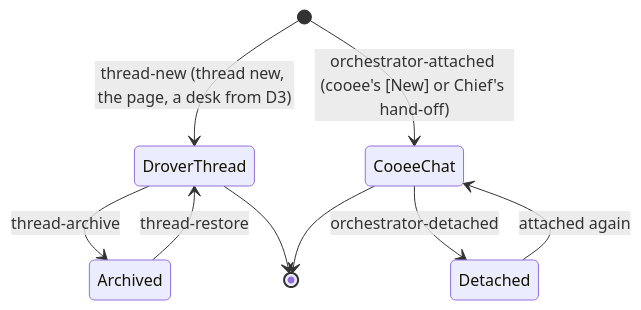
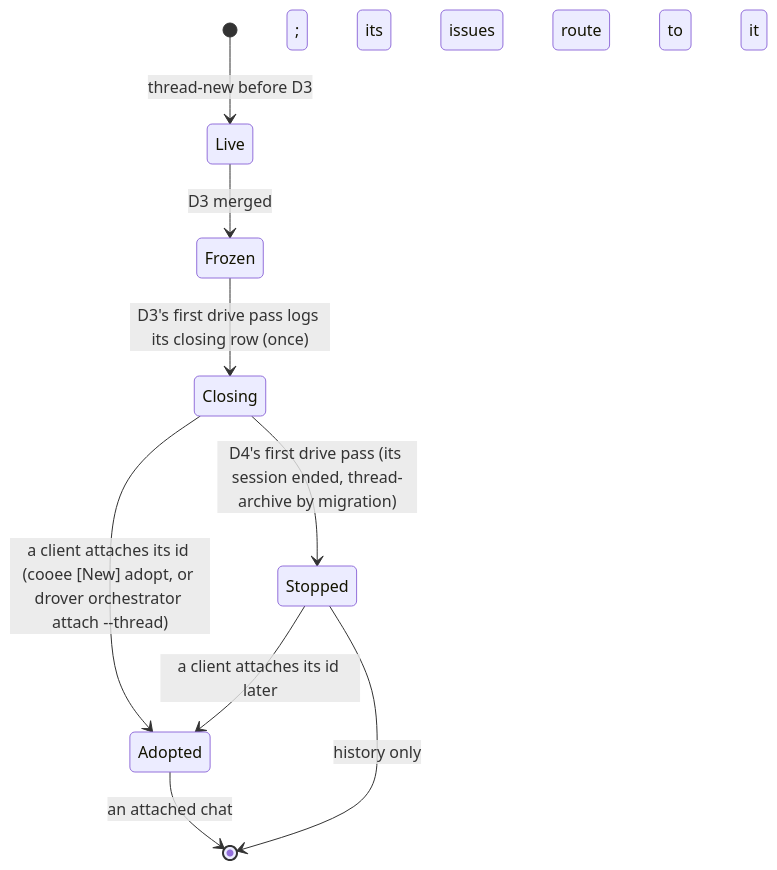
One commit to jirathip-dev/drover changed the second of 4 diagrams in docs/architecture/cooee-threads/boundaries.md. Above: the diagram before and after it, drawn with Mermaid. The commit also changed other lines of this file and 4 other files, not shown here.

Commit message:
architect: drover's threads are cut, chat lives in a client, a judge lane answers asks (#1571)

````diff
--- a/docs/architecture/cooee-threads/boundaries.md
+++ b/docs/architecture/cooee-threads/boundaries.md
@@ -58,11 +63,11 @@
 ```mermaid
 stateDiagram-v2
-    [*] --> DroverThread: thread-new (thread new, the page, a desk from D3)
-    [*] --> CooeeChat: orchestrator-attached (cooee's [New] or Chief's hand-off)
-    DroverThread --> Archived: thread-archive
-    Archived --> DroverThread: thread-restore
-    CooeeChat --> Detached: orchestrator-detached
-    Detached --> CooeeChat: attached again
-    DroverThread --> [*]
-    CooeeChat --> [*]
+    [*] --> Live: thread-new before D3
+    Live --> Frozen: D3 merged
+    Frozen --> Closing: D3's first drive pass logs its closing row (once)
+    Closing --> Adopted: a client attaches its id (cooee [New] adopt, or drover orchestrator attach --thread)
+    Closing --> Stopped: D4's first drive pass (its session ended, thread-archive by migration)
+    Adopted --> [*]: an attached chat; its issues route to it
+    Stopped --> Adopted: a client attaches its id later
+    Stopped --> [*]: history only
 ```
````
